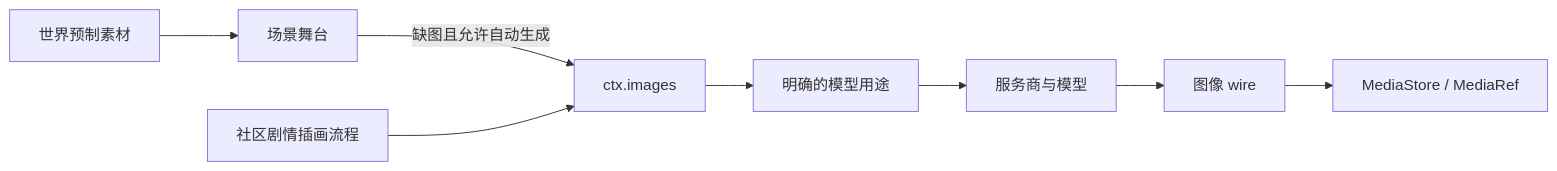
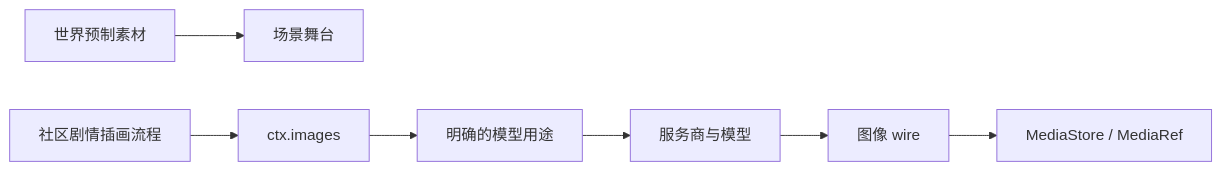
One commit to ackness/covel changed the diagram in docs/reference/image-generation.md. Above: the diagram before and after it, drawn with Mermaid. The commit also changed other lines of this file and 39 other files, not shown here.

````diff
--- a/docs/reference/image-generation.md
+++ b/docs/reference/image-generation.md
@@ -14,10 +14,9 @@
 ```mermaid
 flowchart LR
   W[世界预制素材] --> S[场景舞台]
-  S -->|缺图且允许自动生成| I[ctx.images]
-  C[社区剧情插画流程] --> I
+  C[社区剧情插画流程] --> I[ctx.images]
   I --> R[明确的模型用途]
   R --> M[服务商与模型]
   M --> T[图像 wire]
   T --> A[MediaStore / MediaRef]
 ```
````
